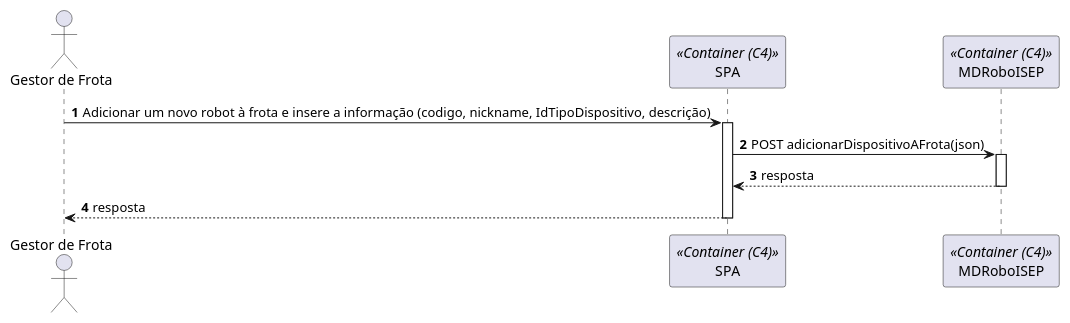
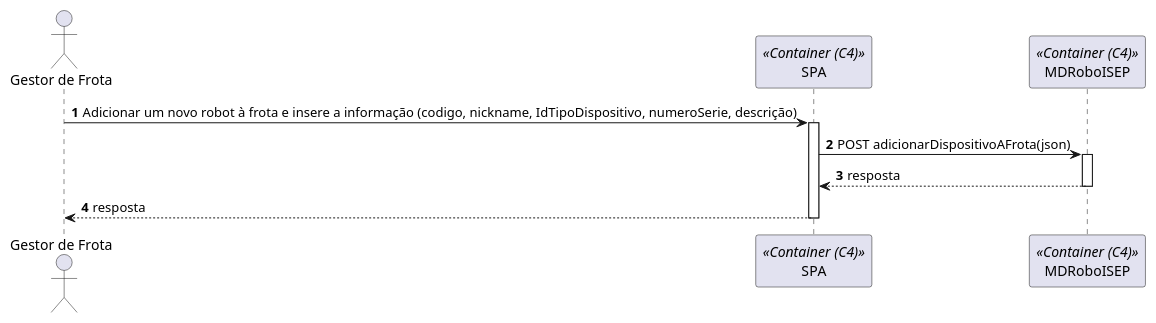
One commit to SEM5PI2324G58/sem5pi_g58_23_24 changed the diagram in docs/Sprint_B/US_1010/N2/US1010_VP.puml. Above: the diagram before and after it, drawn with PlantUML. The commit also changed 6 other files, not shown here.

```diff
--- a/docs/Sprint_B/US_1010/N2/US1010_VP.puml
+++ b/docs/Sprint_B/US_1010/N2/US1010_VP.puml
@@ -1,13 +1,13 @@
 autonumber
 
 actor "Gestor de Frota" as ator
 participant SPA as fe <<Container (C4)>>
 participant MDRoboISEP as md <<Container (C4)>>
 
 
-ator -> fe: Adicionar um novo robot à frota e insere a informação (codigo, nickname, IdTipoDispositivo, descrição)
+ator -> fe: Adicionar um novo robot à frota e insere a informação (codigo, nickname, IdTipoDispositivo, numeroSerie, descrição)
 activate fe
 fe	-> md: POST adicionarDispositivoAFrota(json)
 activate md
 return resposta
 return resposta
```
